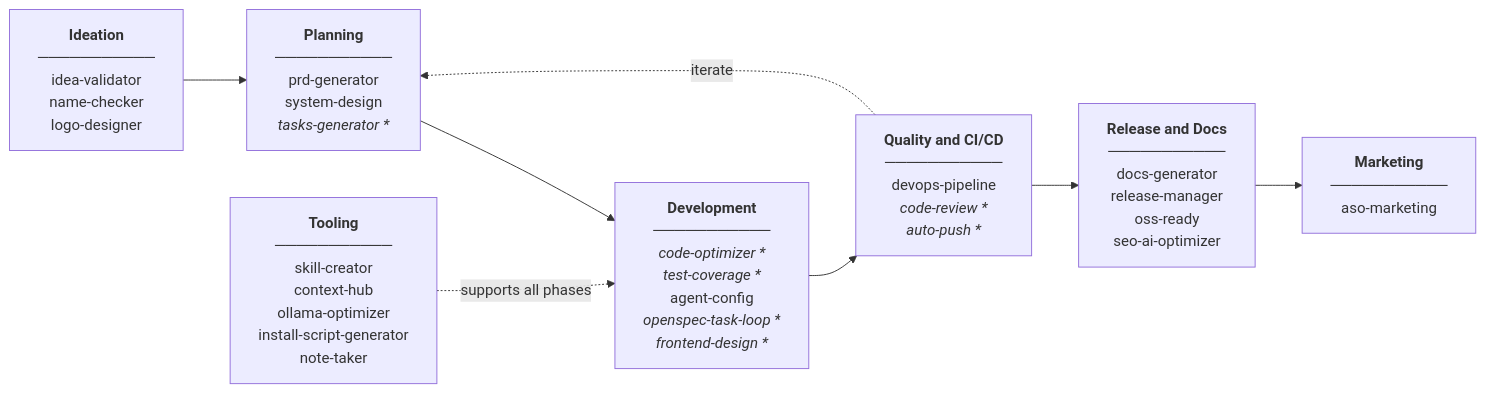
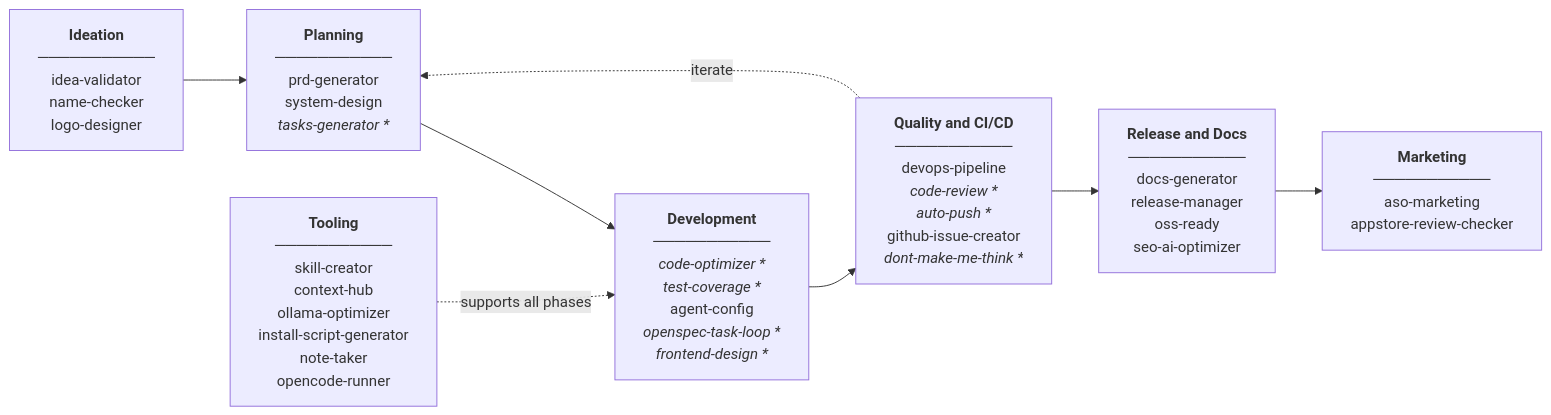
The diagram in README.backup.md (luongnv89/skills), drawn with Mermaid before and after one commit. The commit also changed other lines of this file and 3 other files, not shown here.

````diff
--- a/README.backup.md
+++ b/README.backup.md
@@ -106,18 +53,18 @@
 ```mermaid
 flowchart LR
     IDEATION["<b>Ideation</b><br/>───────────<br/>idea-validator<br/>name-checker<br/>logo-designer"]
     PLANNING["<b>Planning</b><br/>───────────<br/>prd-generator<br/>system-design<br/><i>tasks-generator *</i>"]
     DEVELOPMENT["<b>Development</b><br/>───────────<br/><i>code-optimizer *</i><br/><i>test-coverage *</i><br/>agent-config<br/><i>openspec-task-loop *</i><br/><i>frontend-design *</i>"]
-    QUALITY["<b>Quality and CI/CD</b><br/>───────────<br/>devops-pipeline<br/><i>code-review *</i><br/><i>auto-push *</i>"]
+    QUALITY["<b>Quality and CI/CD</b><br/>───────────<br/>devops-pipeline<br/><i>code-review *</i><br/><i>auto-push *</i><br/>github-issue-creator<br/><i>dont-make-me-think *</i>"]
     RELEASE["<b>Release and Docs</b><br/>───────────<br/>docs-generator<br/>release-manager<br/>oss-ready<br/>seo-ai-optimizer"]
-    MARKETING["<b>Marketing</b><br/>───────────<br/>aso-marketing"]
-    TOOLING["<b>Tooling</b><br/>───────────<br/>skill-creator<br/>context-hub<br/>ollama-optimizer<br/>install-script-generator<br/>note-taker"]
+    MARKETING["<b>Marketing</b><br/>───────────<br/>aso-marketing<br/>appstore-review-checker"]
+    TOOLING["<b>Tooling</b><br/>───────────<br/>skill-creator<br/>context-hub<br/>ollama-optimizer<br/>install-script-generator<br/>note-taker<br/>opencode-runner"]
 
     IDEATION --> PLANNING
     PLANNING --> DEVELOPMENT
     DEVELOPMENT --> QUALITY
     QUALITY --> RELEASE
     RELEASE --> MARKETING
     QUALITY -.->|iterate| PLANNING
     TOOLING -.->|supports all phases| DEVELOPMENT
 ```
````
